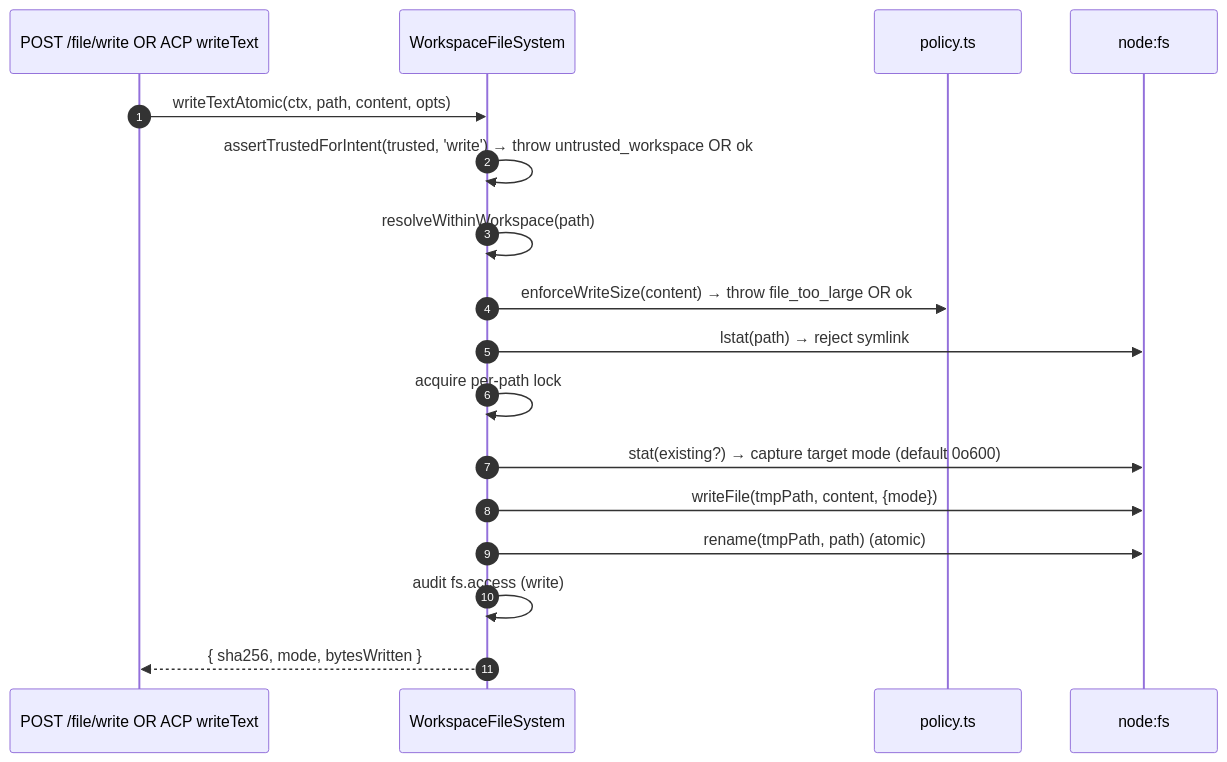
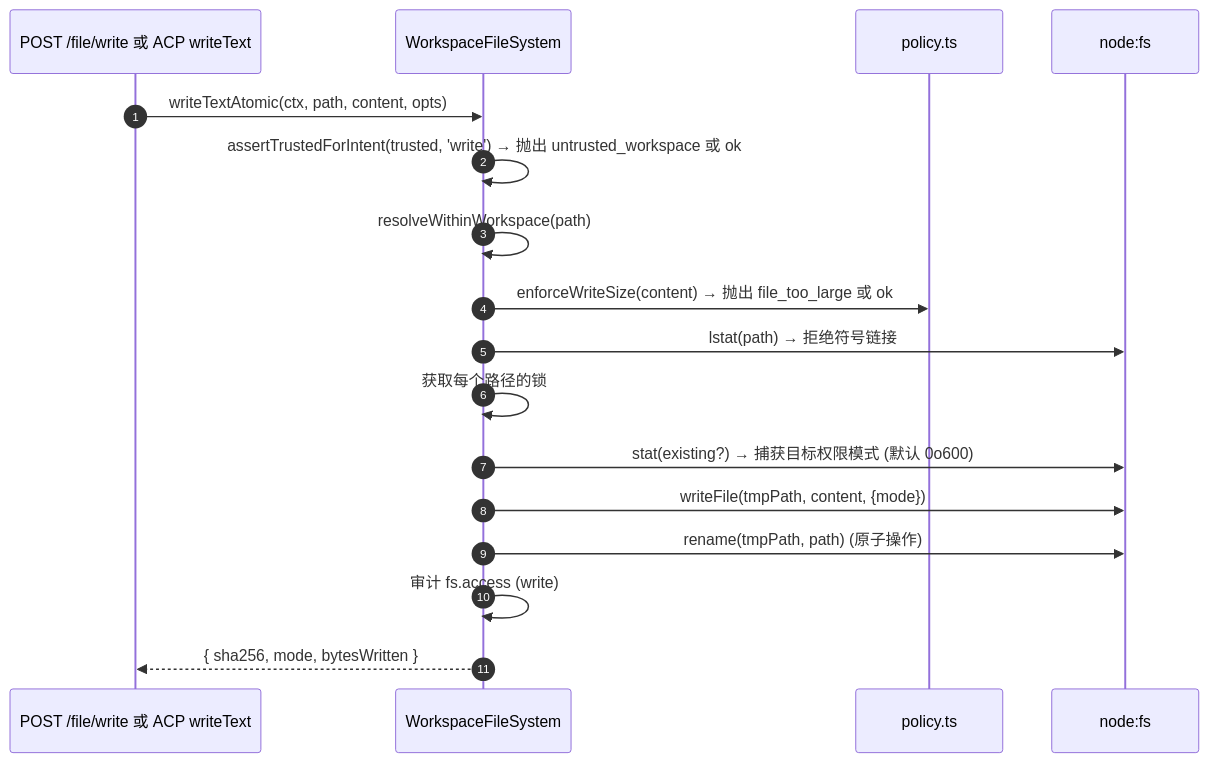
One commit to QwenLM/qwen-code-docs changed the second of 3 diagrams in website/content/zh/developers/daemon/07-workspace-filesystem.md. Above: the diagram before and after it, drawn with Mermaid. The commit also changed other lines of this file and 1077 other files, not shown here.

````diff
--- a/website/content/zh/developers/daemon/07-workspace-filesystem.md
+++ b/website/content/zh/developers/daemon/07-workspace-filesystem.md
@@ -148,20 +148,20 @@
 ```mermaid
 sequenceDiagram
     autonumber
-    participant R as POST /file/write OR ACP writeText
+    participant R as POST /file/write 或 ACP writeText
     participant FS as WorkspaceFileSystem
     participant POL as policy.ts
     participant FSP as node:fs
 
     R->>FS: writeTextAtomic(ctx, path, content, opts)
-    FS->>FS: assertTrustedForIntent(trusted, 'write') → throw untrusted_workspace OR ok
+    FS->>FS: assertTrustedForIntent(trusted, 'write') → 抛出 untrusted_workspace 或 ok
     FS->>FS: resolveWithinWorkspace(path)
-    FS->>POL: enforceWriteSize(content) → throw file_too_large OR ok
-    FS->>FSP: lstat(path) → reject symlink
-    FS->>FS: acquire per-path lock
-    FS->>FSP: stat(existing?) → capture target mode (default 0o600)
+    FS->>POL: enforceWriteSize(content) → 抛出 file_too_large 或 ok
+    FS->>FSP: lstat(path) → 拒绝符号链接
+    FS->>FS: 获取每个路径的锁
+    FS->>FSP: stat(existing?) → 捕获目标权限模式 (默认 0o600)
     FS->>FSP: writeFile(tmpPath, content, {mode})
-    FS->>FSP: rename(tmpPath, path) (atomic)
-    FS->>FS: audit fs.access (write)
+    FS->>FSP: rename(tmpPath, path) (原子操作)
+    FS->>FS: 审计 fs.access (write)
     FS-->>R: { sha256, mode, bytesWritten }
 ```
````
